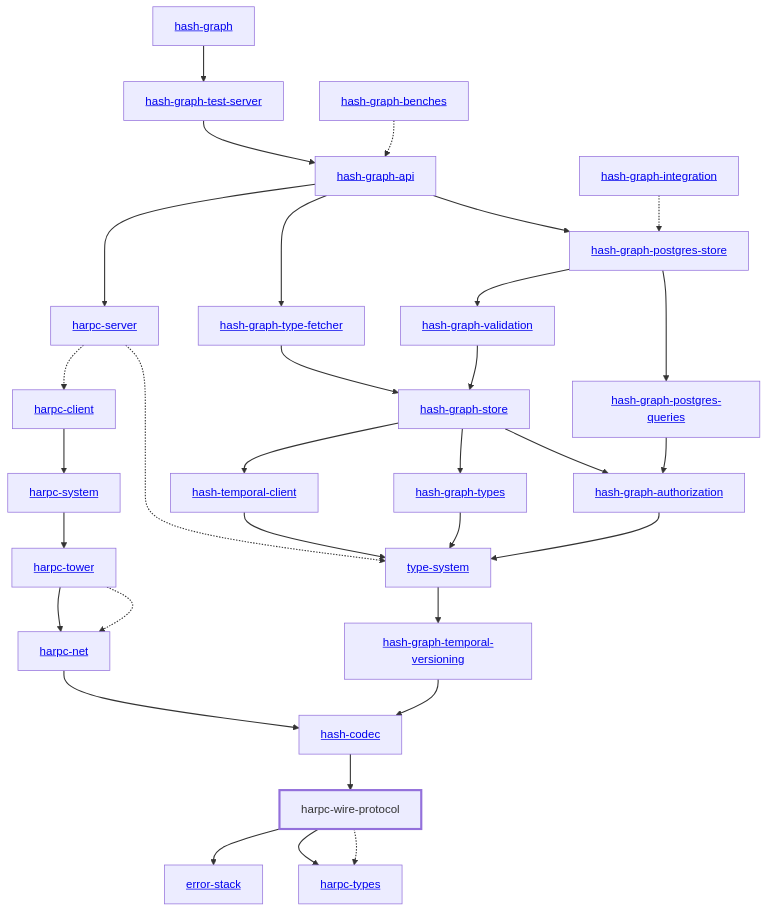
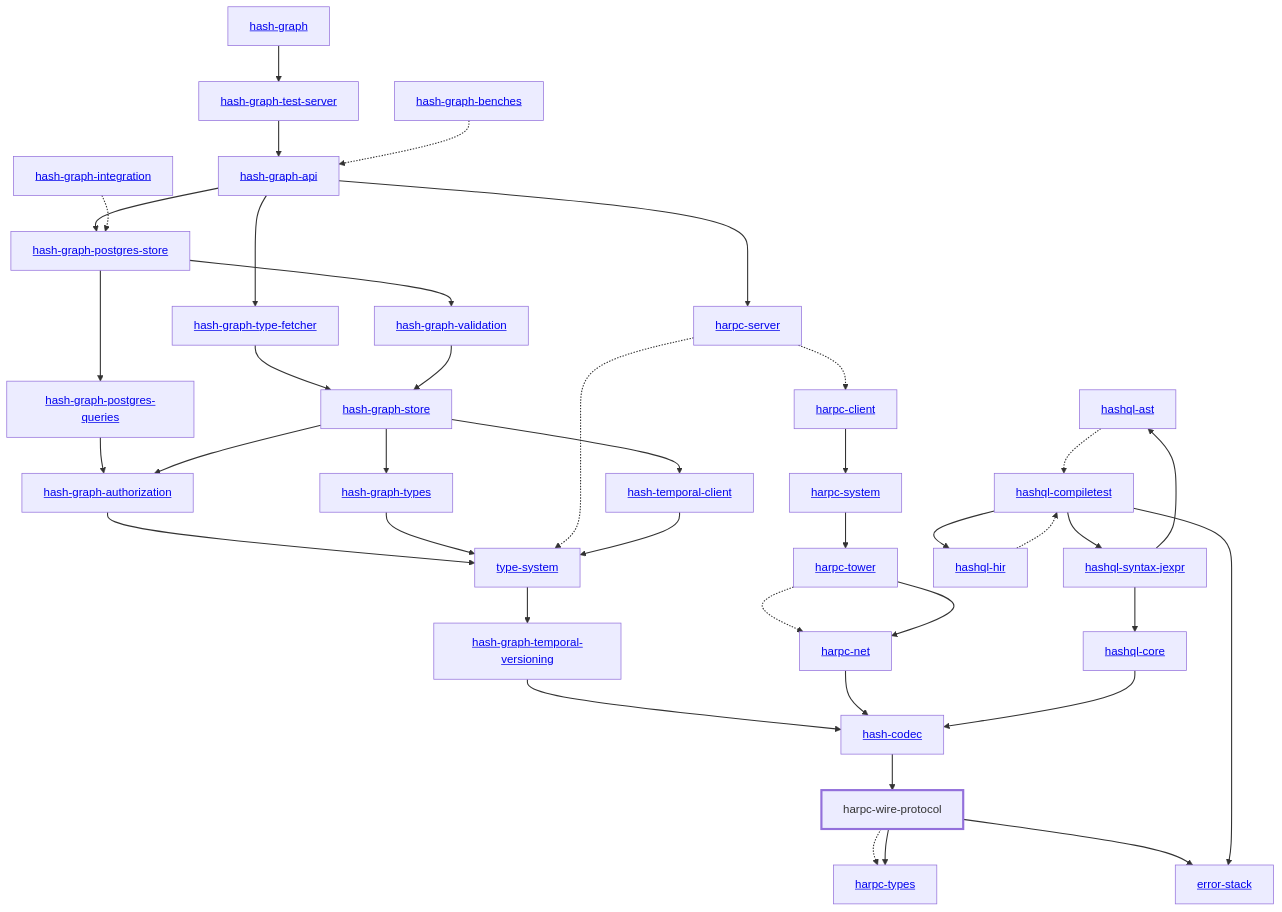
One commit to hashintel/hash changed the diagram in libs/@local/harpc/wire-protocol/docs/dependency-diagram.mmd. Above: the diagram before and after it, drawn with Mermaid. The commit also changed 8 other files, not shown here.

Commit message:
fix: dependency diagram

```diff
--- a/libs/@local/harpc/wire-protocol/docs/dependency-diagram.mmd
+++ b/libs/@local/harpc/wire-protocol/docs/dependency-diagram.mmd
@@ -1,66 +1,79 @@
 graph TD
     linkStyle default stroke-width:1.5px
     classDef default stroke-width:1px
     classDef root stroke-width:3px
     classDef dev stroke-width:1px
     classDef build stroke-width:1px
     %% Legend
     %% --> : Normal dependency
     %% -.-> : Dev dependency
     %% ---> : Build dependency
     0[<a href="../hash_graph">hash-graph</a>]
     1[<a href="../type_system">type-system</a>]
     2[<a href="../hash_codec">hash-codec</a>]
     3[<a href="../hash_graph_api">hash-graph-api</a>]
     4[<a href="../hash_graph_authorization">hash-graph-authorization</a>]
     5[<a href="../hash_graph_postgres_queries">hash-graph-postgres-queries</a>]
     6[<a href="../hash_graph_postgres_store">hash-graph-postgres-store</a>]
     7[<a href="../hash_graph_store">hash-graph-store</a>]
     8[<a href="../hash_graph_temporal_versioning">hash-graph-temporal-versioning</a>]
     9[<a href="../hash_graph_test_server">hash-graph-test-server</a>]
     10[<a href="../hash_graph_type_fetcher">hash-graph-type-fetcher</a>]
     11[<a href="../hash_graph_types">hash-graph-types</a>]
     12[<a href="../hash_graph_validation">hash-graph-validation</a>]
     13[<a href="../harpc_client">harpc-client</a>]
     14[<a href="../harpc_net">harpc-net</a>]
     15[<a href="../harpc_server">harpc-server</a>]
     16[<a href="../harpc_system">harpc-system</a>]
     17[<a href="../harpc_tower">harpc-tower</a>]
     18[<a href="../harpc_types">harpc-types</a>]
     19[harpc-wire-protocol]
     class 19 root
-    20[<a href="../hash_temporal_client">hash-temporal-client</a>]
-    21[<a href="../error_stack">error-stack</a>]
-    22[<a href="../hash_graph_benches">hash-graph-benches</a>]
-    23[<a href="../hash_graph_integration">hash-graph-integration</a>]
+    20[<a href="../hashql_ast">hashql-ast</a>]
+    21[<a href="../hashql_compiletest">hashql-compiletest</a>]
+    22[<a href="../hashql_core">hashql-core</a>]
+    23[<a href="../hashql_hir">hashql-hir</a>]
+    24[<a href="../hashql_syntax_jexpr">hashql-syntax-jexpr</a>]
+    25[<a href="../hash_temporal_client">hash-temporal-client</a>]
+    26[<a href="../error_stack">error-stack</a>]
+    27[<a href="../hash_graph_benches">hash-graph-benches</a>]
+    28[<a href="../hash_graph_integration">hash-graph-integration</a>]
     0 --> 9
     1 --> 8
     2 --> 19
     3 --> 6
     3 --> 10
     3 --> 15
     4 --> 1
     5 --> 4
     6 --> 5
     6 --> 12
     7 --> 4
     7 --> 11
-    7 --> 20
+    7 --> 25
     8 --> 2
     9 --> 3
     10 --> 7
     11 --> 1
     12 --> 7
     13 --> 16
     14 --> 2
     15 -.-> 1
     15 -.-> 13
     16 --> 17
     17 -.-> 14
     17 --> 14
     19 -.-> 18
     19 --> 18
-    19 --> 21
-    20 --> 1
-    22 -.-> 3
-    23 -.-> 6
+    19 --> 26
+    20 -.-> 21
+    21 --> 23
+    21 --> 24
+    21 --> 26
+    22 --> 2
+    23 -.-> 21
+    24 --> 20
+    24 --> 22
+    25 --> 1
+    27 -.-> 3
+    28 -.-> 6
```
